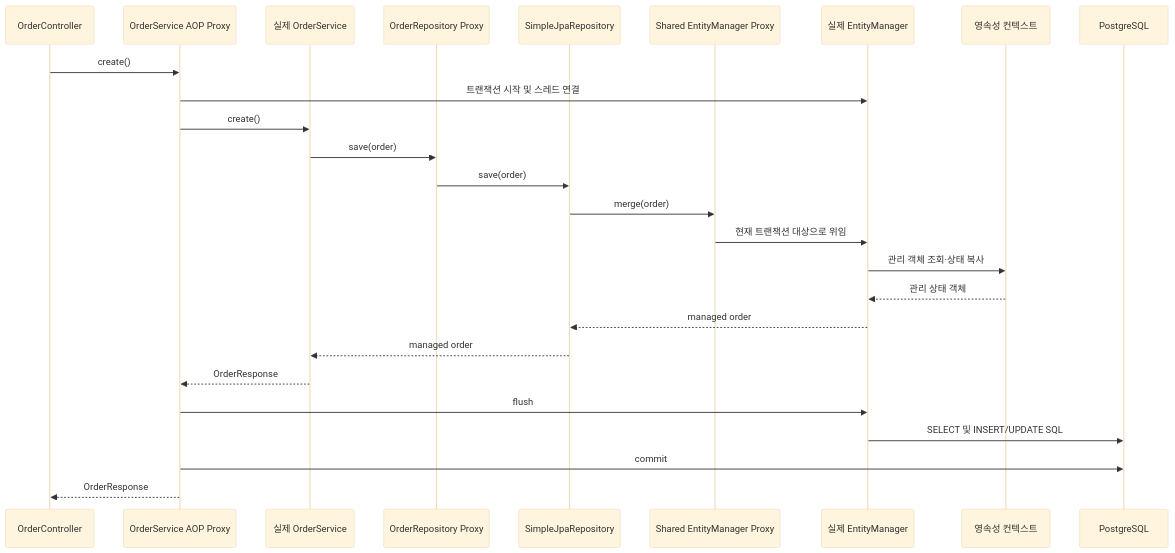
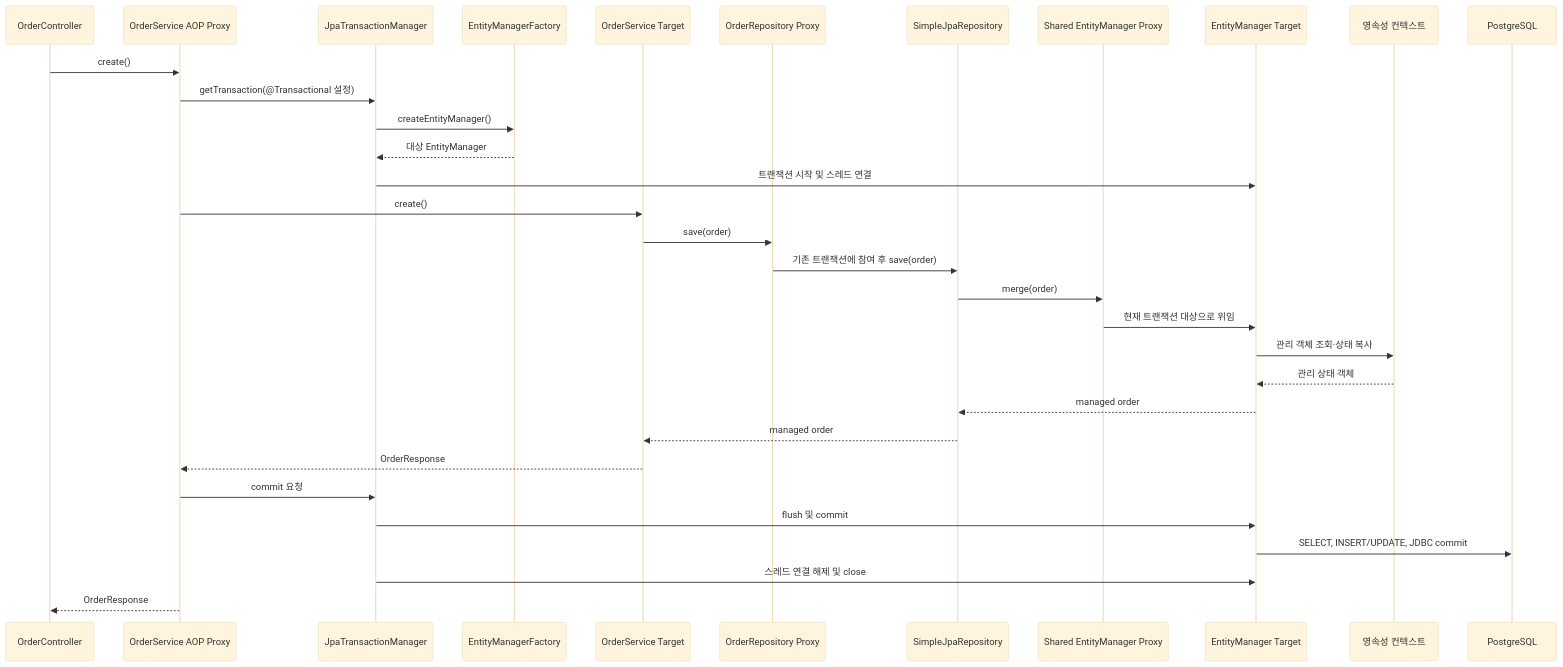
One commit to lee-gimoon/payment-service changed the diagram in docs/spring-jpa-proxy-request-flow.md. Above: the diagram before and after it, drawn with Mermaid (base theme). The commit also changed other lines of this file, not shown here.

````diff
--- a/docs/spring-jpa-proxy-request-flow.md
+++ b/docs/spring-jpa-proxy-request-flow.md
@@ -428,29 +532,35 @@
 ```mermaid
 sequenceDiagram
     participant C as OrderController
     participant SP as OrderService AOP Proxy
-    participant S as 실제 OrderService
+    participant TM as JpaTransactionManager
+    participant EMF as EntityManagerFactory
+    participant S as OrderService Target
     participant RP as OrderRepository Proxy
     participant R as SimpleJpaRepository
     participant EP as Shared EntityManager Proxy
-    participant EM as 실제 EntityManager
+    participant EM as EntityManager Target
     participant PC as 영속성 컨텍스트
     participant DB as PostgreSQL
 
     C->>SP: create()
-    SP->>EM: 트랜잭션 시작 및 스레드 연결
+    SP->>TM: getTransaction(@Transactional 설정)
+    TM->>EMF: createEntityManager()
+    EMF-->>TM: 대상 EntityManager
+    TM->>EM: 트랜잭션 시작 및 스레드 연결
     SP->>S: create()
     S->>RP: save(order)
-    RP->>R: save(order)
+    RP->>R: 기존 트랜잭션에 참여 후 save(order)
     R->>EP: merge(order)
     EP->>EM: 현재 트랜잭션 대상으로 위임
     EM->>PC: 관리 객체 조회·상태 복사
     PC-->>EM: 관리 상태 객체
     EM-->>R: managed order
     R-->>S: managed order
     S-->>SP: OrderResponse
-    SP->>EM: flush
-    EM->>DB: SELECT 및 INSERT/UPDATE SQL
-    SP->>DB: commit
+    SP->>TM: commit 요청
+    TM->>EM: flush 및 commit
+    EM->>DB: SELECT, INSERT/UPDATE, JDBC commit
+    TM->>EM: 스레드 연결 해제 및 close
     SP-->>C: OrderResponse
 ```
````
